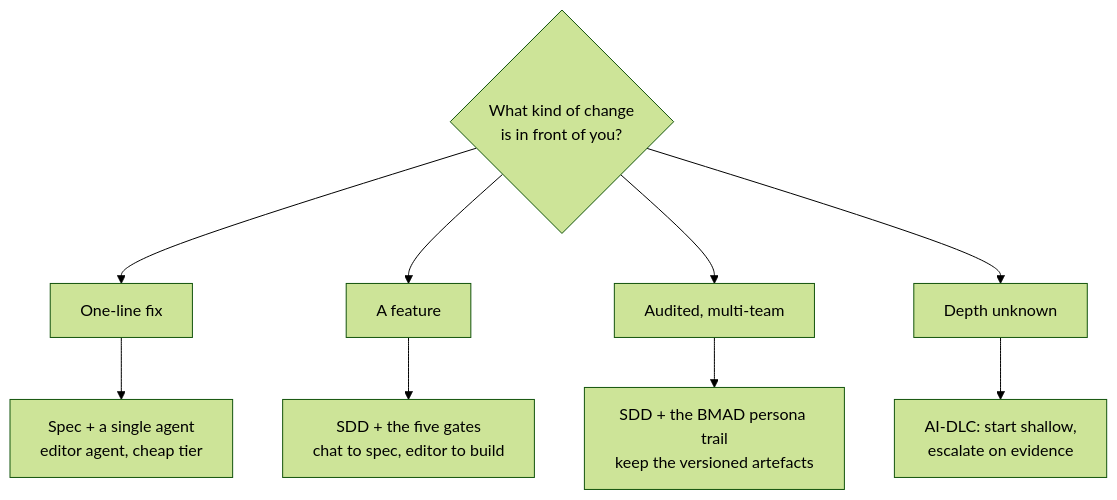
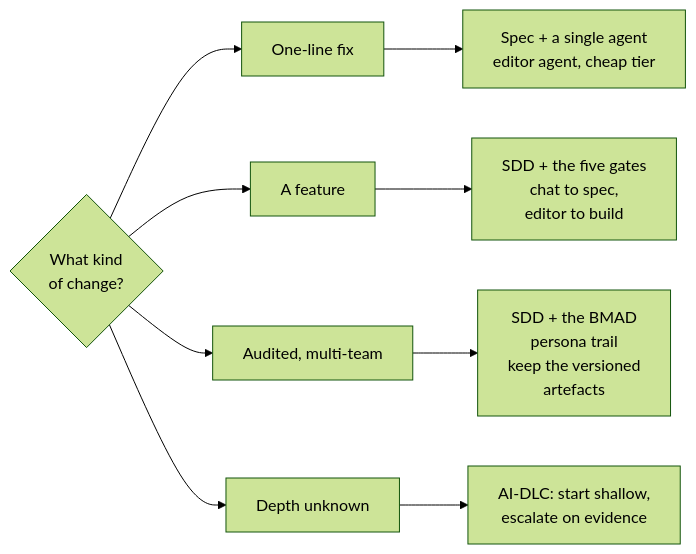
Before and after one commit to akash-coded/aws-bedrock-agentcore-strands: the third of 3 diagrams in wiki/The-Agentic-PDLC.md, drawn with Mermaid (forest theme). The commit also changed other lines of this file and 30 other files, not shown here.

````diff
--- a/wiki/The-Agentic-PDLC.md
+++ b/wiki/The-Agentic-PDLC.md
@@ -578,11 +580,11 @@
 ```mermaid
-flowchart TD
-  A{"What kind of change<br/>is in front of you?"} --> B["One-line fix"]
+flowchart LR
+  A{"What kind<br/>of change?"} --> B["One-line fix"]
   A --> C["A feature"]
   A --> D["Audited, multi-team"]
   A --> E["Depth unknown"]
   B --> B1["Spec + a single agent<br/>editor agent, cheap tier"]
-  C --> C1["SDD + the five gates<br/>chat to spec, editor to build"]
-  D --> D1["SDD + the BMAD persona trail<br/>keep the versioned artefacts"]
+  C --> C1["SDD + the five gates<br/>chat to spec,<br/>editor to build"]
+  D --> D1["SDD + the BMAD<br/>persona trail<br/>keep the versioned<br/>artefacts"]
   E --> E1["AI-DLC: start shallow,<br/>escalate on evidence"]
 ```
````
